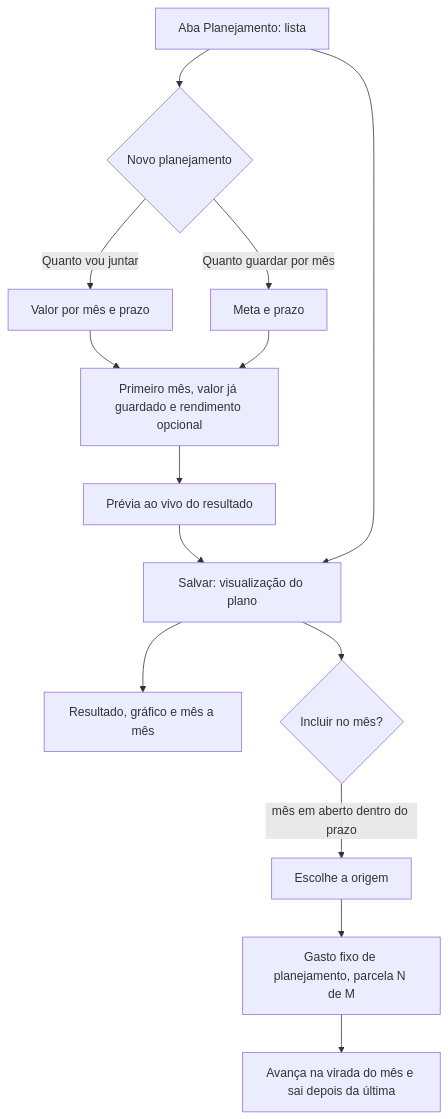
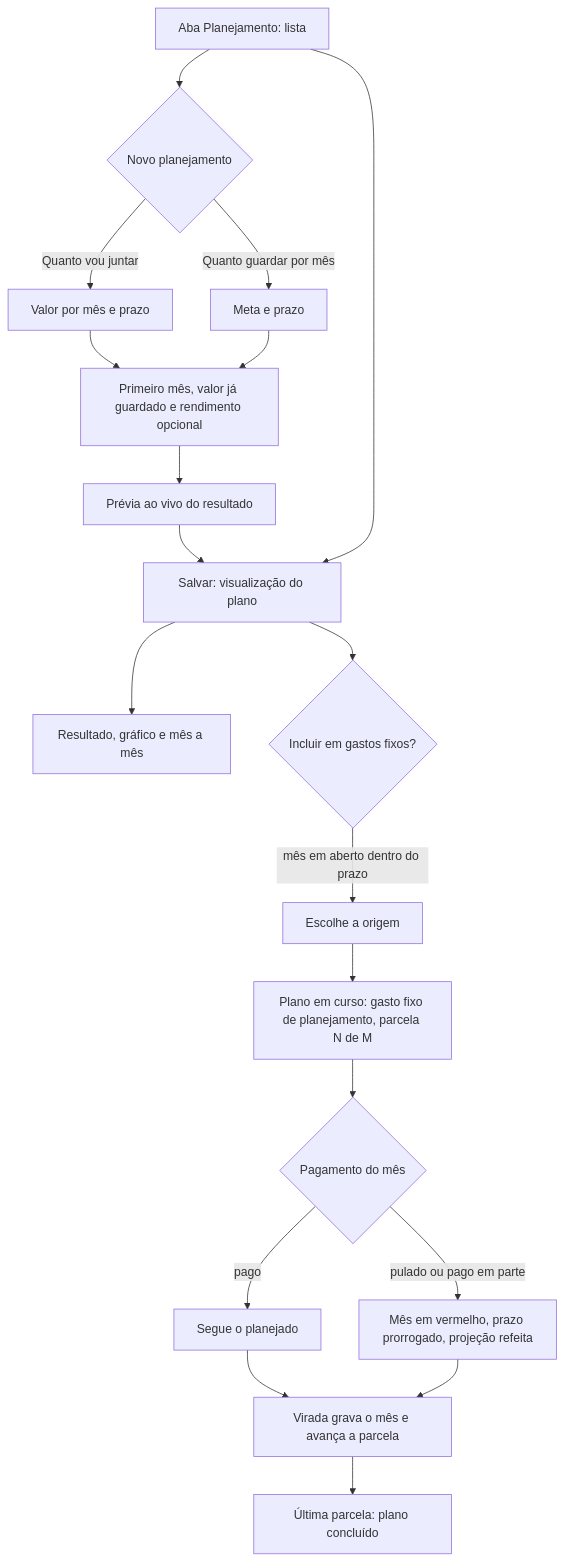
One commit to RuanPS01/cash-organizer-web changed the third of 3 diagrams in docs/07-fluxos-aplicacao.md. Above: the diagram before and after it, drawn with Mermaid. The commit also changed other lines of this file and 22 other files, not shown here.

First line of the commit message:
feat: planejamento em curso a partir do Pagamento

````diff
--- a/docs/07-fluxos-aplicacao.md
+++ b/docs/07-fluxos-aplicacao.md
@@ -287,16 +306,21 @@
 ```mermaid
 flowchart TD
   A["Aba Planejamento: lista"] --> B{"Novo planejamento"}
   B -- "Quanto vou juntar" --> C["Valor por mês e prazo"]
   B -- "Quanto guardar por mês" --> D["Meta e prazo"]
   C --> E["Primeiro mês, valor já guardado e rendimento opcional"]
   D --> E
   E --> F["Prévia ao vivo do resultado"]
   F --> G["Salvar: visualização do plano"]
   A --> G
   G --> H["Resultado, gráfico e mês a mês"]
-  G --> I{"Incluir no mês?"}
+  G --> I{"Incluir em gastos fixos?"}
   I -- "mês em aberto dentro do prazo" --> J["Escolhe a origem"]
-  J --> K["Gasto fixo de planejamento, parcela N de M"]
-  K --> L["Avança na virada do mês e sai depois da última"]
+  J --> K["Plano em curso: gasto fixo de planejamento, parcela N de M"]
+  K --> M{"Pagamento do mês"}
+  M -- "pago" --> N["Segue o planejado"]
+  M -- "pulado ou pago em parte" --> O["Mês em vermelho, prazo prorrogado, projeção refeita"]
+  N --> L["Virada grava o mês e avança a parcela"]
+  O --> L
+  L --> P["Última parcela: plano concluído"]
 ```
````
